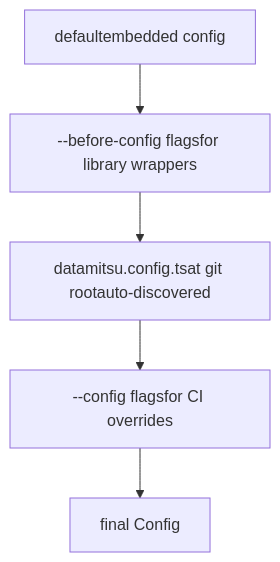
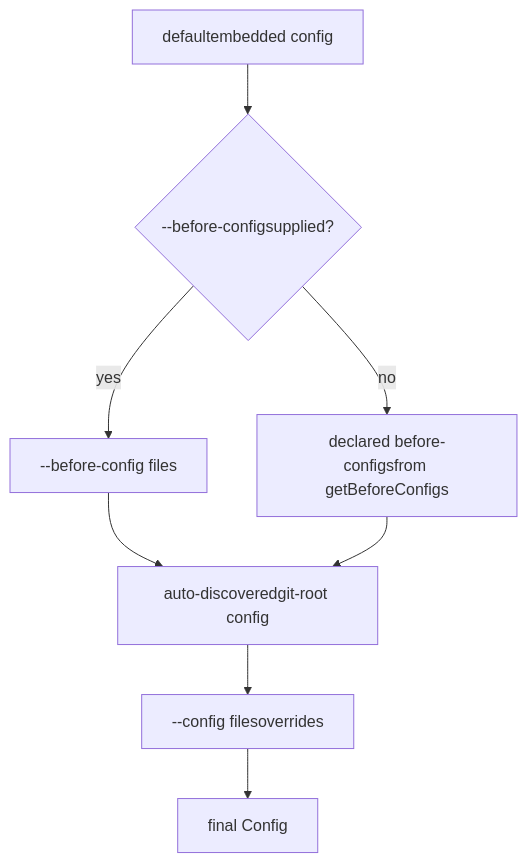
Before and after one commit to datamitsu/datamitsu: the diagram in internal/llmsdocs/embed/pages/getting-started/quick-start.md, drawn with Mermaid. The commit also changed other lines of this file and 72 other files, not shown here.

````diff
--- a/internal/llmsdocs/embed/pages/getting-started/quick-start.md
+++ b/internal/llmsdocs/embed/pages/getting-started/quick-start.md
@@ -152,7 +156,10 @@
 ```mermaid
 graph TD
-    A[defaultembedded config] --> B[--before-config flagsfor library wrappers]
-    B --> C[datamitsu.config.tsat git rootauto-discovered]
-    C --> D[--config flagsfor CI overrides]
-    D --> E[final Config]
+    A[defaultembedded config] --> B{"--before-configsupplied?"}
+    B -->|yes| C[--before-config files]
+    B -->|no| D[declared before-configsfrom getBeforeConfigs]
+    C --> E[auto-discoveredgit-root config]
+    D --> E
+    E --> F[--config filesoverrides]
+    F --> G[final Config]
 ```
````
